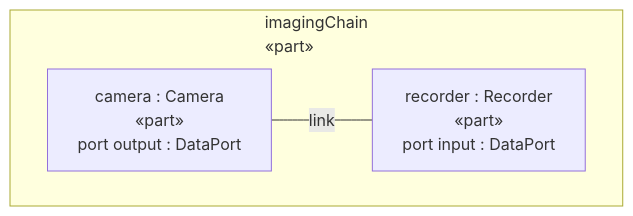
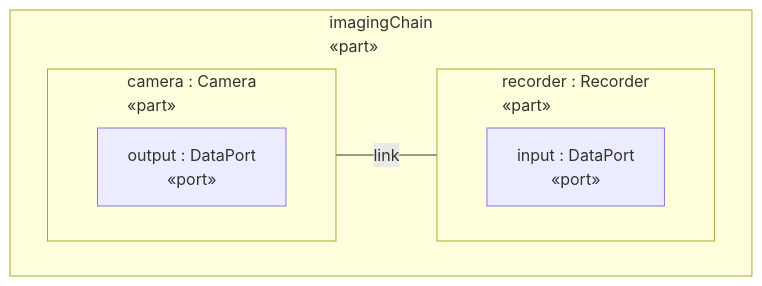
One commit to Open-MBEE/OpenSysML changed the first of 2 diagrams in docs/manual/examples/observatory.md. Above: the diagram before and after it, drawn with Mermaid. The commit also changed 12 other files, not shown here.

First line of the commit message:
fix(view): draw a Mermaid part's pins as nodes inside its subgraph and end connectors at them

````diff
--- a/docs/manual/examples/observatory.md
+++ b/docs/manual/examples/observatory.md
@@ -59,16 +59,22 @@
 ```mermaid
 ---
 config:
   flowchart:
     subGraphTitleMargin:
       bottom: 24
 ---
 %% Observatory::interconnectView — interconnection rendering (render asInterconnectionDiagram)
 flowchart LR
   subgraph n0 ["imagingChain<br>«part»"]
     direction LR
-    n1["camera : Camera<br>«part»<br>port output : DataPort"]
-    n2["recorder : Recorder<br>«part»<br>port input : DataPort"]
+    subgraph n1 ["camera : Camera<br>«part»"]
+      direction LR
+      n1.0["output : DataPort<br>«port»"]
+    end
+    subgraph n2 ["recorder : Recorder<br>«part»"]
+      direction LR
+      n2.0["input : DataPort<br>«port»"]
+    end
   end
-  n1 ---|"link"| n2
+  n1.0 ---|"link"| n2.0
 ```
````
